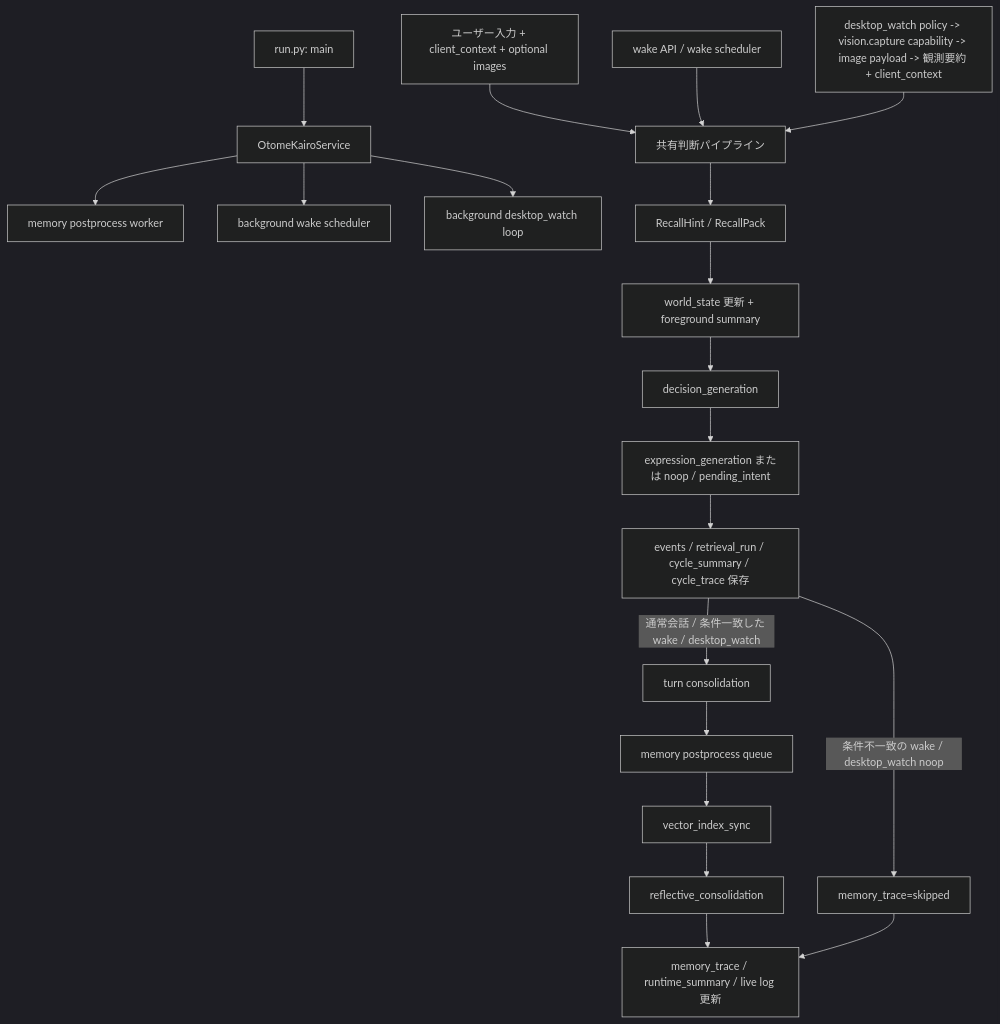
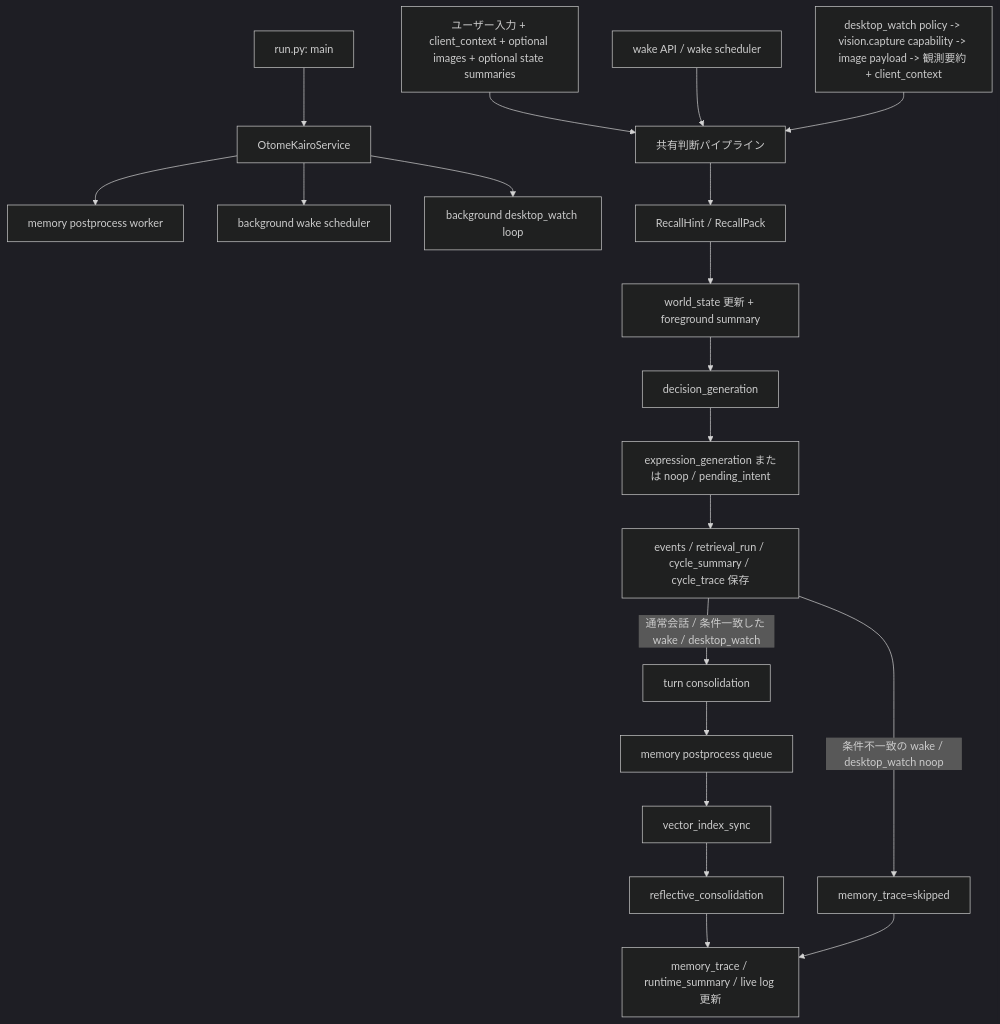
Before and after one commit to hirona98/OtomeKairo: the second of 4 diagrams in docs/plan/02_現行処理フロー.md, drawn with Mermaid (dark theme). The commit also changed other lines of this file and 11 other files, not shown here.

````diff
--- a/docs/plan/02_現行処理フロー.md
+++ b/docs/plan/02_現行処理フロー.md
@@ -102,25 +102,25 @@
 ```mermaid
 flowchart TD
     Start["run.py: main"] --> Service["OtomeKairoService"]
     Service --> Worker["memory postprocess worker"]
     Service --> WakeLoop["background wake scheduler"]
     Service --> WatchLoop["background desktop_watch loop"]
 
-    User["ユーザー入力 + client_context + optional images"] --> Shared["共有判断パイプライン"]
+    User["ユーザー入力 + client_context + optional images + optional state summaries"] --> Shared["共有判断パイプライン"]
     WakeAPI["wake API / wake scheduler"] --> Shared
     Watch["desktop_watch policy -> vision.capture capability -> image payload -> 観測要約 + client_context"] --> Shared
 
     Shared --> Recall["RecallHint / RecallPack"]
     Recall --> WorldState["world_state 更新 + foreground summary"]
     WorldState --> Decision["decision_generation"]
     Decision --> Reply["expression_generation または noop / pending_intent"]
     Reply --> Persist["events / retrieval_run / cycle_summary / cycle_trace 保存"]
 
     Persist -->|通常会話 / 条件一致した wake / desktop_watch| Memory["turn consolidation"]
     Persist -->|条件不一致の wake / desktop_watch noop| SkipMemory["memory_trace=skipped"]
     Memory --> Queue["memory postprocess queue"]
     Queue --> Vec["vector_index_sync"]
     Vec --> Reflect["reflective_consolidation"]
     Reflect --> Update["memory_trace / runtime_summary / live log 更新"]
     SkipMemory --> Update
 ```
````
